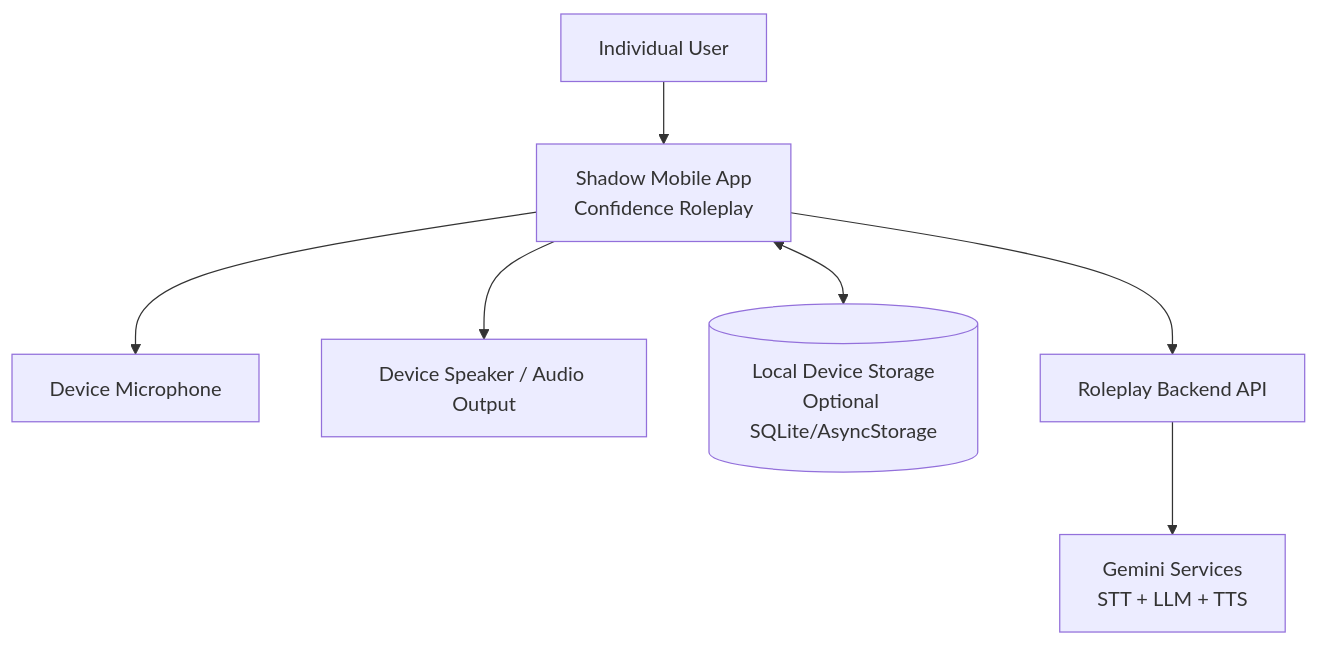
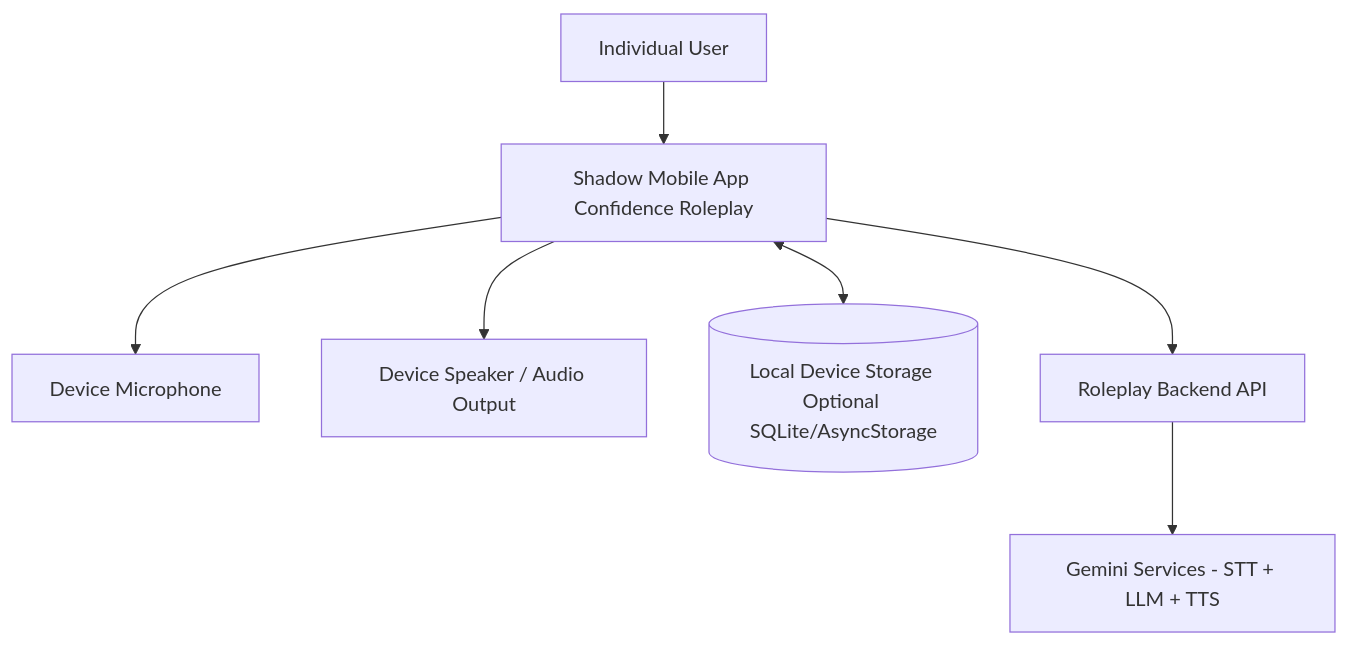
Before and after one commit to d00375828/SeniorProject: the fourth of 4 diagrams in docs/NEWcore-diagrams.md, drawn with Mermaid. The commit also changed other lines of this file, not shown here.

````diff
--- a/docs/NEWcore-diagrams.md
+++ b/docs/NEWcore-diagrams.md
@@ -162,17 +162,17 @@
 ```mermaid
 flowchart TB
     USER[Individual User]
-    APP[Shadow Mobile App<br/>Confidence Roleplay]
+    APP[Shadow Mobile App Confidence Roleplay]
     MIC[Device Microphone]
     SPK[Device Speaker / Audio Output]
-    LOCAL[(Local Device Storage<br/>Optional SQLite/AsyncStorage)]
+    LOCAL[(Local Device Storage Optional SQLite/AsyncStorage)]
     ROLEAPI[Roleplay Backend API]
-    GEMINI[Gemini Services<br/>STT + LLM + TTS]
+    GEMINI[Gemini Services - STT + LLM + TTS]
 
     USER --> APP
     APP --> MIC
     APP --> SPK
     APP <--> LOCAL
     APP --> ROLEAPI
     ROLEAPI --> GEMINI
 ```
````
